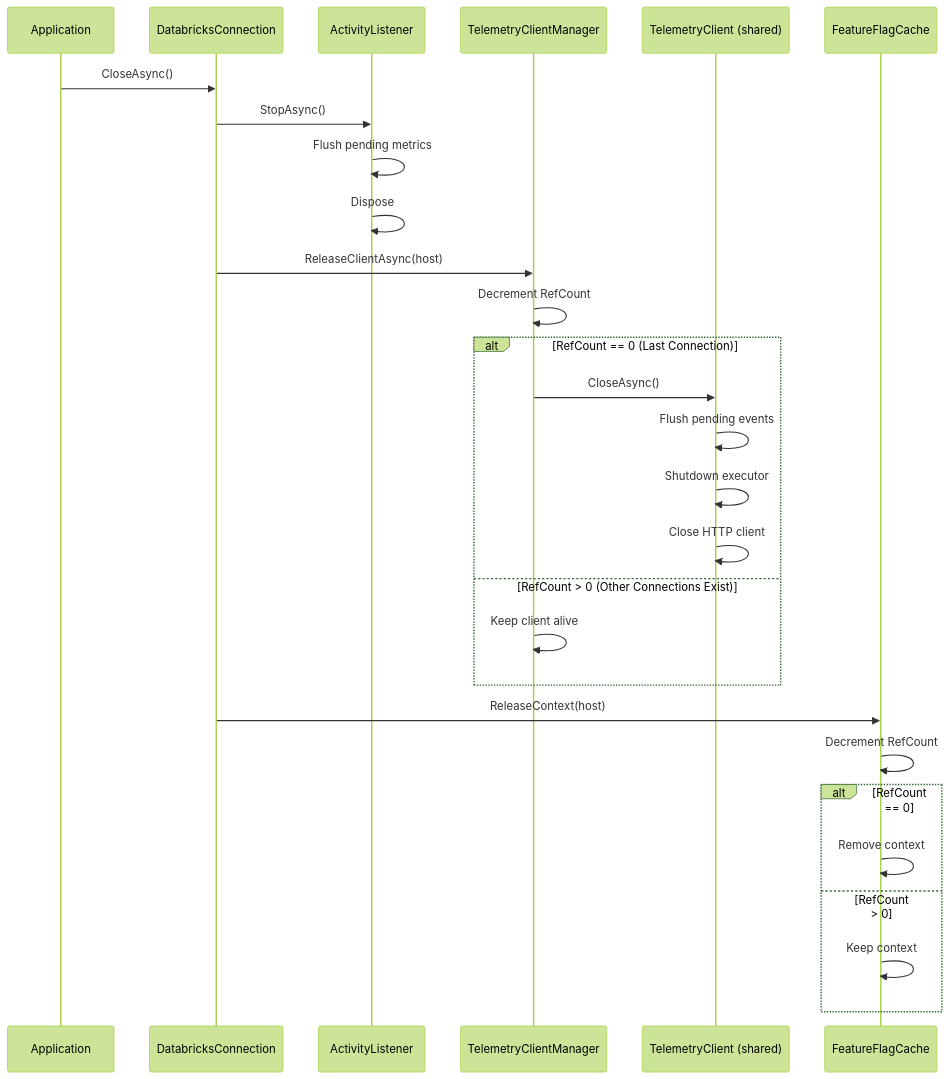
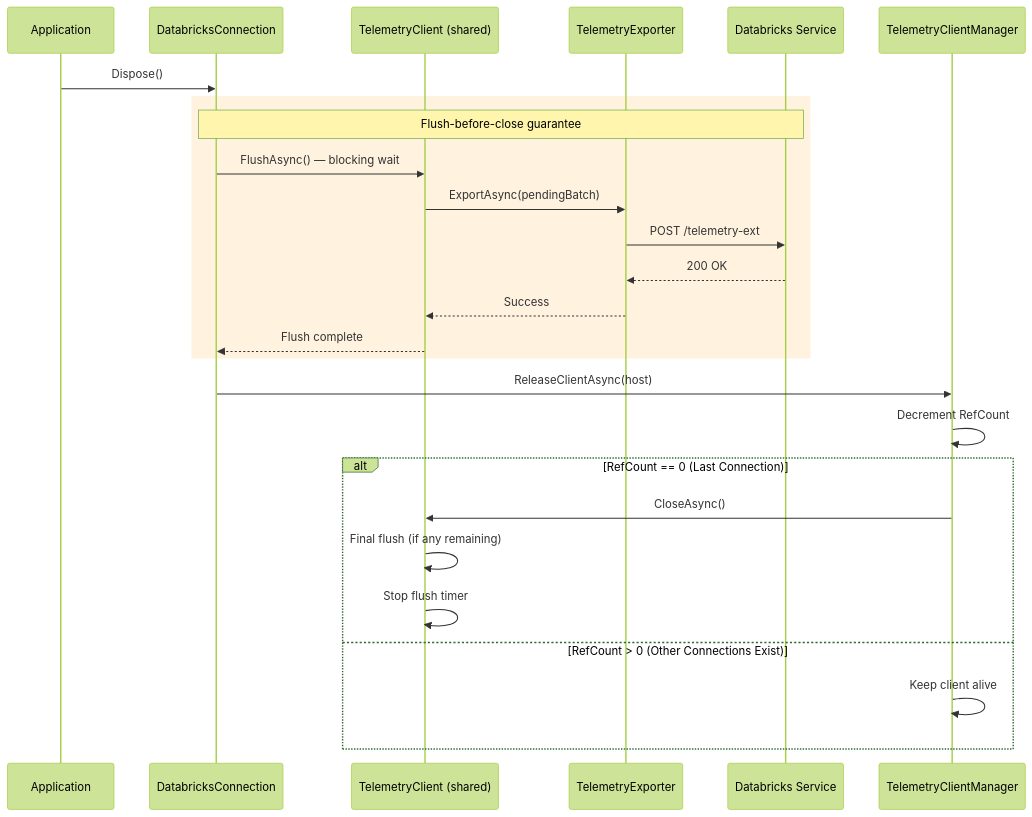
Diagram 18 of 18 in csharp/doc/telemetry-design.md (adbc-drivers/databricks), drawn with Mermaid (forest theme) before and after one commit. The commit also changed other lines of this file and 3 other files, not shown here.

````diff
--- a/csharp/doc/telemetry-design.md
+++ b/csharp/doc/telemetry-design.md
@@ -1811,36 +2167,32 @@
 ```mermaid
 sequenceDiagram
     participant App as Application
     participant Conn as DatabricksConnection
-    participant Listener as ActivityListener
+    participant Client as TelemetryClient (shared)
+    participant Exporter as TelemetryExporter
+    participant Server as Databricks Service
     participant Manager as TelemetryClientManager
-    participant Client as TelemetryClient (shared)
-    participant FFCache as FeatureFlagCache
 
-    App->>Conn: CloseAsync()
+    App->>Conn: Dispose()
 
-    Conn->>Listener: StopAsync()
-    Listener->>Listener: Flush pending metrics
-    Listener->>Listener: Dispose
+    rect rgb(255, 243, 224)
+        Note over Conn,Server: Flush-before-close guarantee
+        Conn->>Client: FlushAsync() — blocking wait
+        Client->>Exporter: ExportAsync(pendingBatch)
+        Exporter->>Server: POST /telemetry-ext
+        Server-->>Exporter: 200 OK
+        Exporter-->>Client: Success
+        Client-->>Conn: Flush complete
+    end
 
     Conn->>Manager: ReleaseClientAsync(host)
     Manager->>Manager: Decrement RefCount
 
     alt RefCount == 0 (Last Connection)
         Manager->>Client: CloseAsync()
-        Client->>Client: Flush pending events
-        Client->>Client: Shutdown executor
-        Client->>Client: Close HTTP client
+        Client->>Client: Final flush (if any remaining)
+        Client->>Client: Stop flush timer
     else RefCount > 0 (Other Connections Exist)
         Manager->>Manager: Keep client alive
     end
-
-    Conn->>FFCache: ReleaseContext(host)
-    FFCache->>FFCache: Decrement RefCount
-
-    alt RefCount == 0
-        FFCache->>FFCache: Remove context
-    else RefCount > 0
-        FFCache->>FFCache: Keep context
-    end
 ```
````
